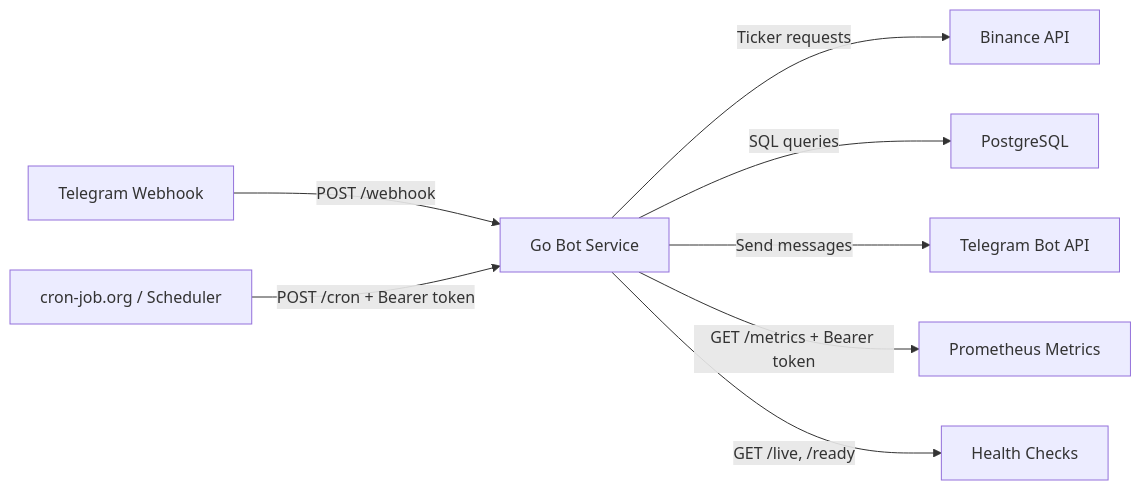
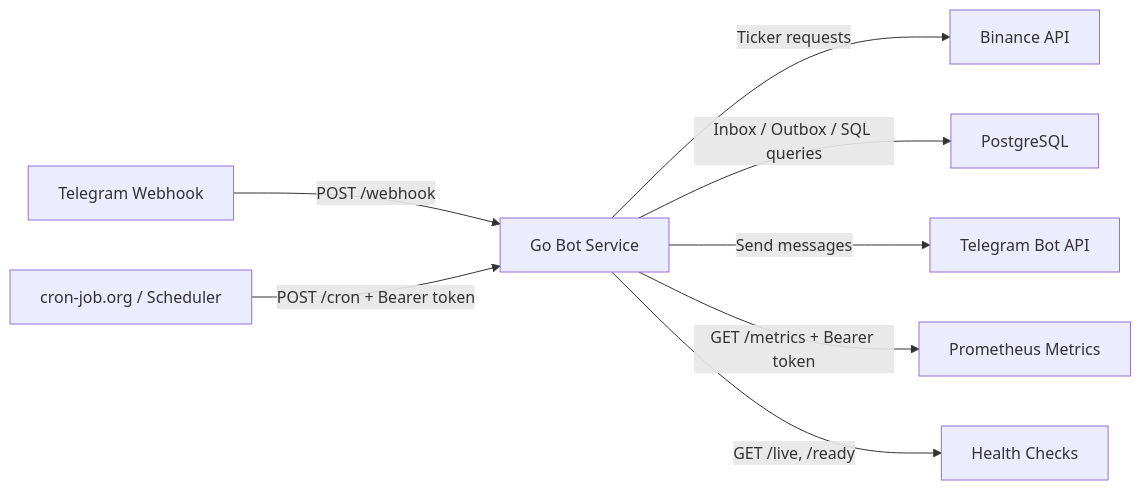
One commit to igor-zatochniy/cryptopulse-telegram-bot changed the diagram in README.md. Above: the diagram before and after it, drawn with Mermaid. The commit also changed other lines of this file and 12 other files, not shown here.

Commit message:
refactor: harden delivery flow and database migrations

````diff
--- a/README.md
+++ b/README.md
@@ -62,10 +63,10 @@
 ```mermaid
 flowchart LR
     Telegram["Telegram Webhook"] -->|POST /webhook| App["Go Bot Service"]
     Cron["cron-job.org / Scheduler"] -->|POST /cron + Bearer token| App
     App -->|Ticker requests| Binance["Binance API"]
-    App -->|SQL queries| Postgres["PostgreSQL"]
+    App -->|Inbox / Outbox / SQL queries| Postgres["PostgreSQL"]
     App -->|Send messages| TelegramAPI["Telegram Bot API"]
     App -->|GET /metrics + Bearer token| Metrics["Prometheus Metrics"]
     App -->|GET /live, /ready| Health["Health Checks"]
 ```
````
